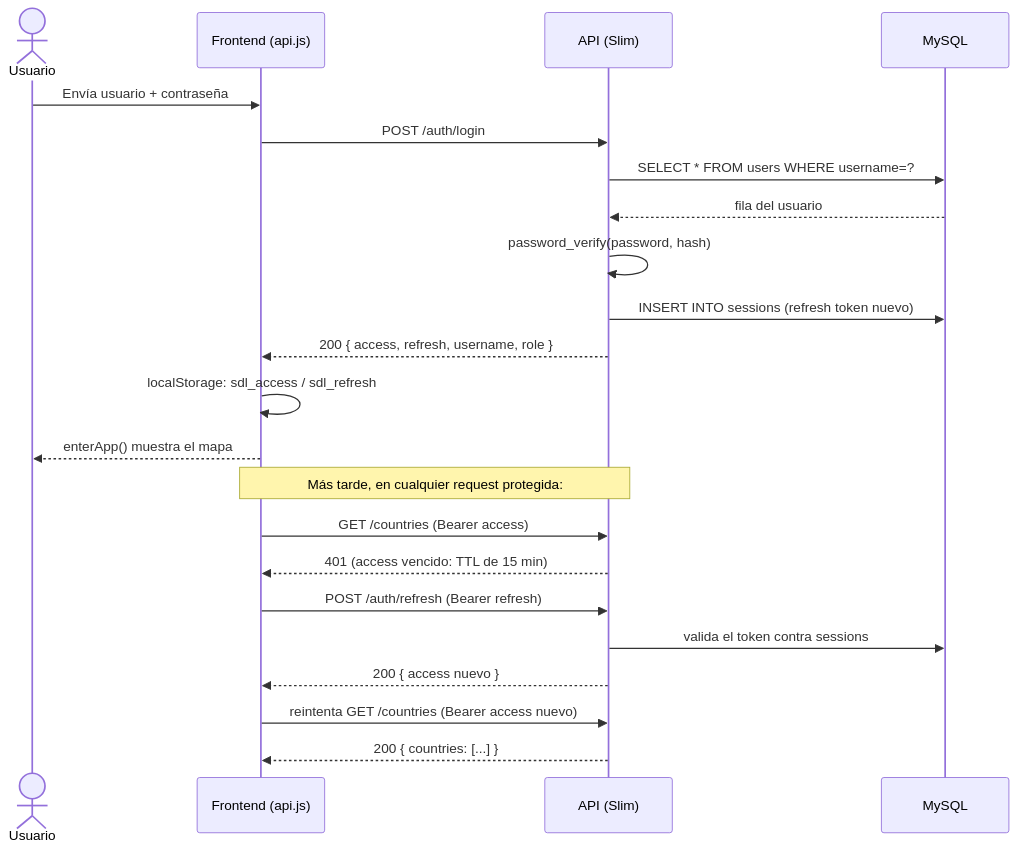
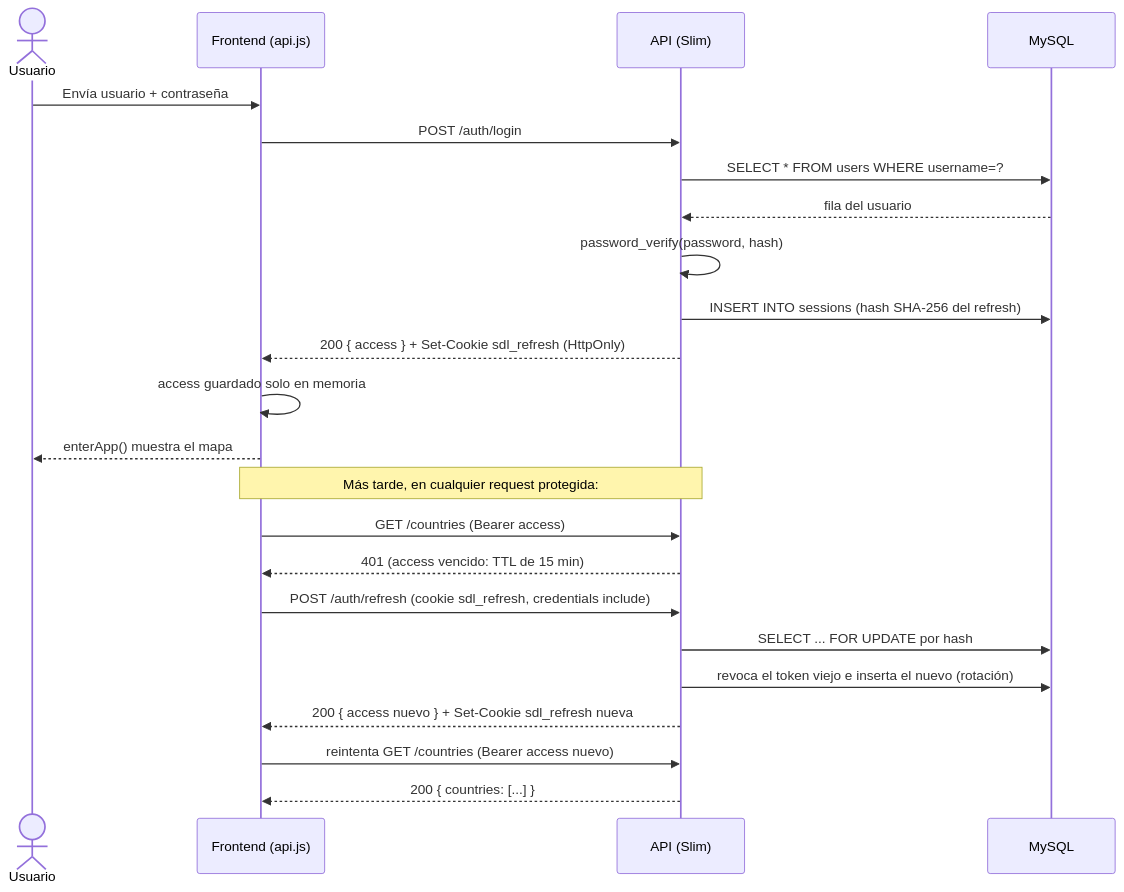
The third of 3 diagrams in documentacion-tecnica-sabores-latinoamerica.md (bluesans/sabores-latinoamerica), drawn with Mermaid before and after one commit. The commit also changed other lines of this file and 1 other file, not shown here.

Commit message:
docs: reworked authentication flow documentation

````diff
--- a/documentacion-tecnica-sabores-latinoamerica.md
+++ b/documentacion-tecnica-sabores-latinoamerica.md
@@ -626,26 +644,27 @@
 ```mermaid
 sequenceDiagram
     actor U as Usuario
     participant F as Frontend (api.js)
     participant A as API (Slim)
     participant DB as MySQL
 
     U->>F: Envía usuario + contraseña
     F->>A: POST /auth/login
     A->>DB: SELECT * FROM users WHERE username=?
     DB-->>A: fila del usuario
     A->>A: password_verify(password, hash)
-    A->>DB: INSERT INTO sessions (refresh token nuevo)
-    A-->>F: 200 { access, refresh, username, role }
-    F->>F: localStorage: sdl_access / sdl_refresh
+    A->>DB: INSERT INTO sessions (hash SHA-256 del refresh)
+    A-->>F: 200 { access } + Set-Cookie sdl_refresh (HttpOnly)
+    F->>F: access guardado solo en memoria
     F-->>U: enterApp() muestra el mapa
 
     Note over F,A: Más tarde, en cualquier request protegida:
     F->>A: GET /countries (Bearer access)
     A-->>F: 401 (access vencido: TTL de 15 min)
-    F->>A: POST /auth/refresh (Bearer refresh)
-    A->>DB: valida el token contra sessions
-    A-->>F: 200 { access nuevo }
+    F->>A: POST /auth/refresh (cookie sdl_refresh, credentials include)
+    A->>DB: SELECT ... FOR UPDATE por hash
+    A->>DB: revoca el token viejo e inserta el nuevo (rotación)
+    A-->>F: 200 { access nuevo } + Set-Cookie sdl_refresh nueva
     F->>A: reintenta GET /countries (Bearer access nuevo)
     A-->>F: 200 { countries: [...] }
 ```
````
